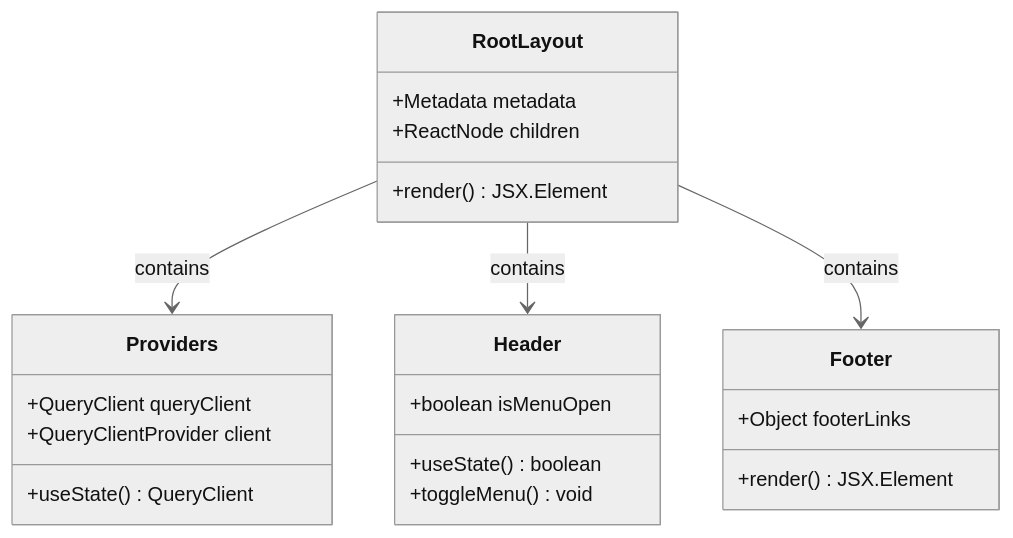
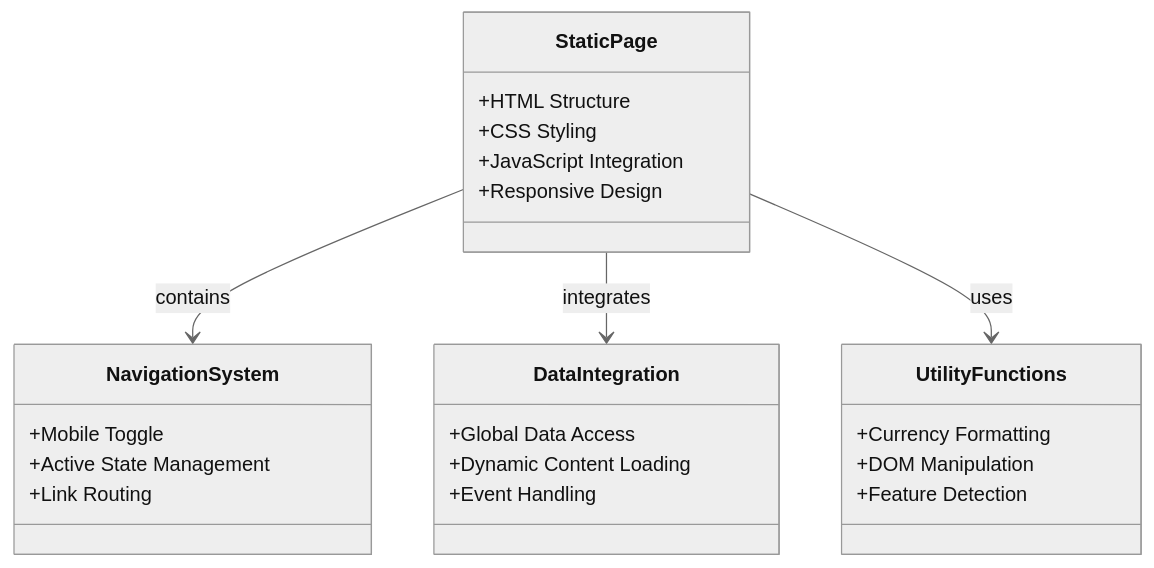
The third of 6 diagrams in .qoder/repowiki/en/content/Web Application/Next.js Project Structure.md (tashkirrr/housing-price-prediction), drawn with Mermaid (neutral theme) before and after one commit. The commit also changed other lines of this file and 5 other files, not shown here.

````diff
--- a/.qoder/repowiki/en/content/Web Application/Next.js Project Structure.md
+++ b/.qoder/repowiki/en/content/Web Application/Next.js Project Structure.md
@@ -121,25 +151,27 @@
 ```mermaid
 classDiagram
-class RootLayout {
-+Metadata metadata
-+ReactNode children
-+render() JSX.Element
+class StaticPage {
++HTML Structure
++CSS Styling
++JavaScript Integration
++Responsive Design
 }
-class Providers {
-+QueryClient queryClient
-+useState() QueryClient
-+QueryClientProvider client
+class NavigationSystem {
++Mobile Toggle
++Active State Management
++Link Routing
 }
-class Header {
-+boolean isMenuOpen
-+useState() boolean
-+toggleMenu() void
+class DataIntegration {
++Global Data Access
++Dynamic Content Loading
++Event Handling
 }
-class Footer {
-+Object footerLinks
-+render() JSX.Element
+class UtilityFunctions {
++Currency Formatting
++DOM Manipulation
++Feature Detection
 }
-RootLayout --> Providers : contains
-RootLayout --> Header : contains
-RootLayout --> Footer : contains
+StaticPage --> NavigationSystem : contains
+StaticPage --> DataIntegration : integrates
+StaticPage --> UtilityFunctions : uses
 ```
````
